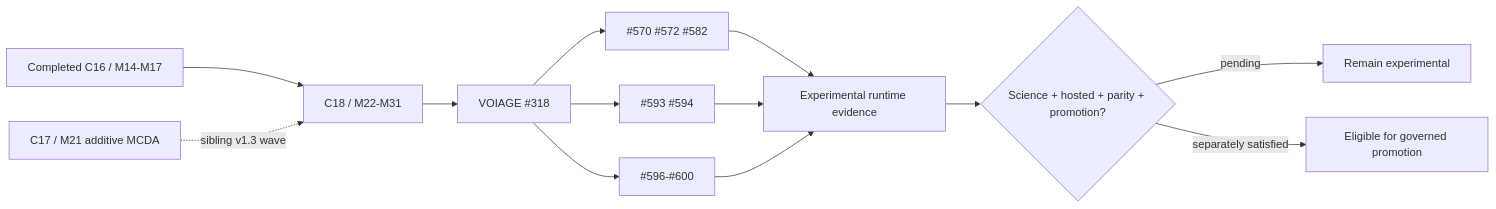
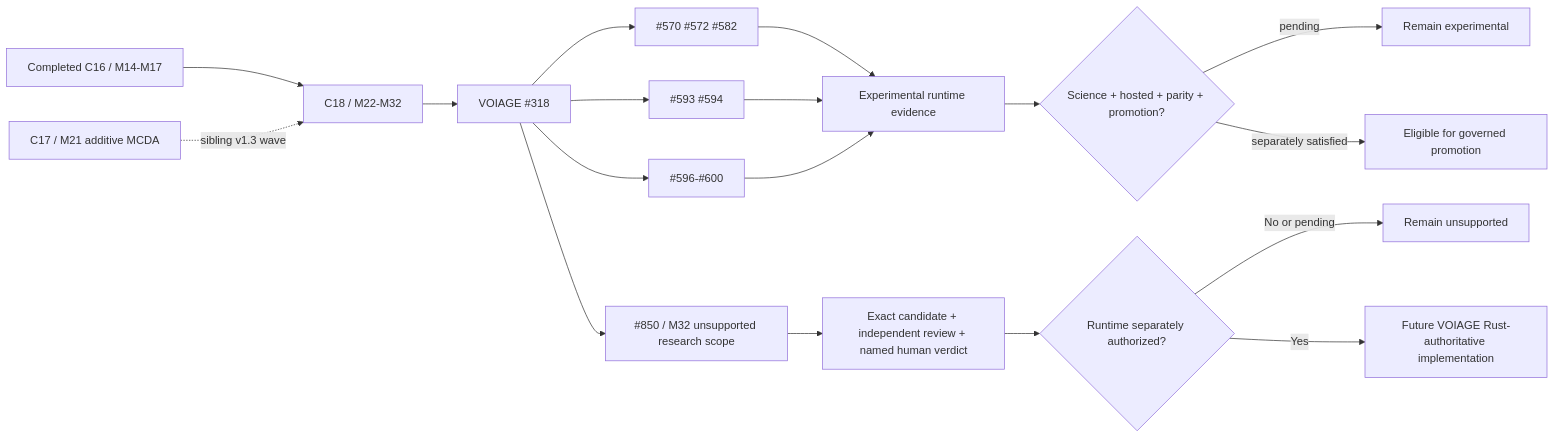
One commit to edithatogo/vop_poc_nz changed the second of 3 diagrams in conductor/tracks/specialized-voi-v1-3-residual_20260801/design.md. Above: the diagram before and after it, drawn with Mermaid. The commit also changed other lines of this file and 9 other files, not shown here.

First line of the commit message:
docs(conductor): add canonical C18/M32 sampling-harm scope (#71)

````diff
--- a/conductor/tracks/specialized-voi-v1-3-residual_20260801/design.md
+++ b/conductor/tracks/specialized-voi-v1-3-residual_20260801/design.md
@@ -16,15 +16,20 @@
 ```mermaid
 flowchart LR
-    C16["Completed C16 / M14-M17"] --> C18["C18 / M22-M31"]
+    C16["Completed C16 / M14-M17"] --> C18["C18 / M22-M32"]
     C17["C17 / M21 additive MCDA"] -. "sibling v1.3 wave" .-> C18
     C18 --> Parent["VOIAGE #318"]
     Parent --> Wave1["#570 #572 #582"]
     Parent --> Wave2["#593 #594"]
     Parent --> Wave3["#596-#600"]
+    Parent --> HarmScope["#850 / M32 unsupported research scope"]
     Wave1 --> Evidence["Experimental runtime evidence"]
     Wave2 --> Evidence
     Wave3 --> Evidence
+    HarmScope --> HarmReview["Exact candidate + independent review + named human verdict"]
+    HarmReview --> HarmRuntime{"Runtime separately authorized?"}
+    HarmRuntime -->|"No or pending"| HarmUnsupported["Remain unsupported"]
+    HarmRuntime -->|"Yes"| HarmFuture["Future VOIAGE Rust-authoritative implementation"]
     Evidence --> Gates{"Science + hosted + parity + promotion?"}
     Gates -->|"pending"| Experimental["Remain experimental"]
     Gates -->|"separately satisfied"| Eligible["Eligible for governed promotion"]
 ```
````
